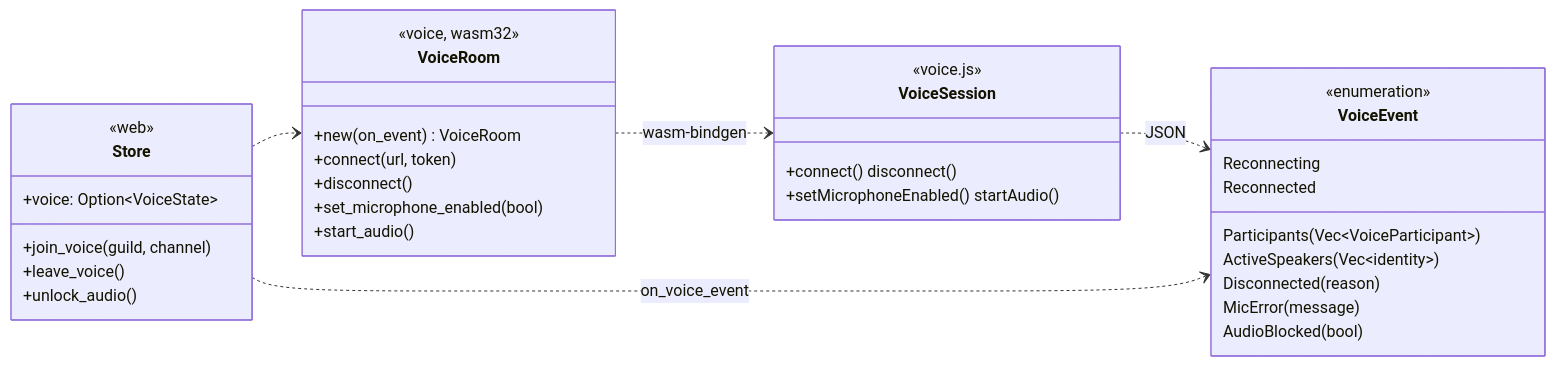
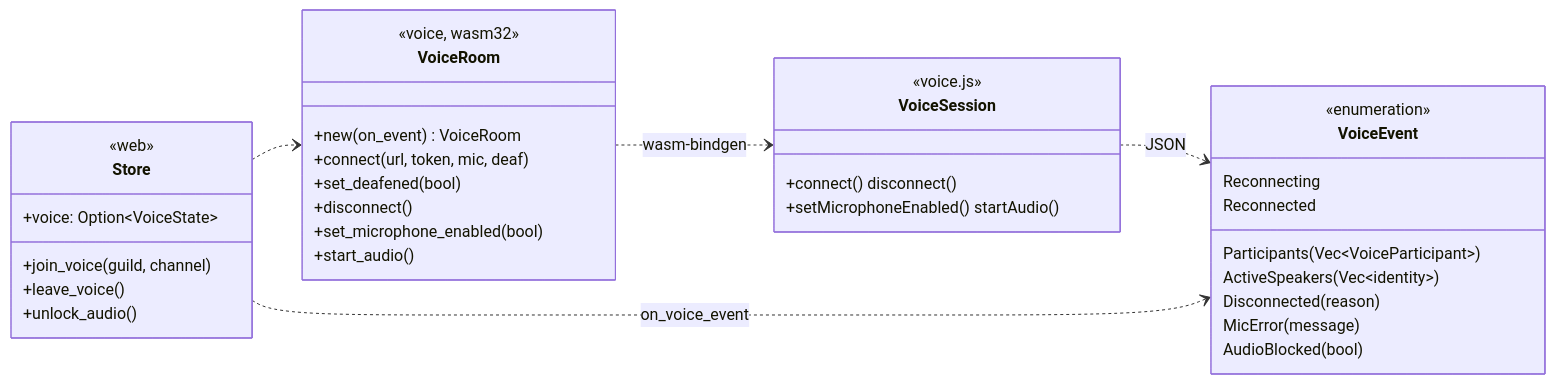
Before and after one commit to ncfcj/call: the second of 2 diagrams in docs/architecture/09-voz.md, drawn with Mermaid. The commit also changed other lines of this file and 15 other files, not shown here.

````diff
--- a/docs/architecture/09-voz.md
+++ b/docs/architecture/09-voz.md
@@ -56,38 +62,39 @@
 ```mermaid
 classDiagram
     direction LR
     class VoiceRoom {
         <<voice, wasm32>>
         +new(on_event) VoiceRoom
-        +connect(url, token)
+        +connect(url, token, mic, deaf)
+        +set_deafened(bool)
         +disconnect()
         +set_microphone_enabled(bool)
         +start_audio()
     }
     class VoiceEvent {
         <<enumeration>>
         Participants(Vec~VoiceParticipant~)
         ActiveSpeakers(Vec~identity~)
         Reconnecting
         Reconnected
         Disconnected(reason)
         MicError(message)
         AudioBlocked(bool)
     }
     class VoiceSession {
         <<voice.js>>
         +connect() disconnect()
         +setMicrophoneEnabled() startAudio()
     }
     class Store {
         <<web>>
         +voice: Option~VoiceState~
         +join_voice(guild, channel)
         +leave_voice()
         +unlock_audio()
     }
     VoiceRoom ..> VoiceSession : wasm-bindgen
     VoiceSession ..> VoiceEvent : JSON
     Store ..> VoiceRoom
     Store ..> VoiceEvent : on_voice_event
 ```
````
